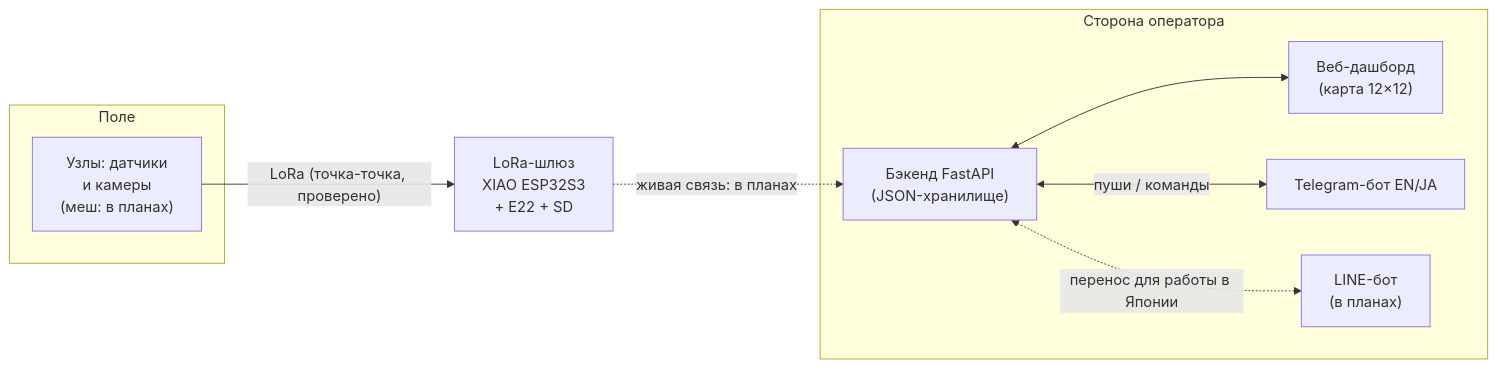
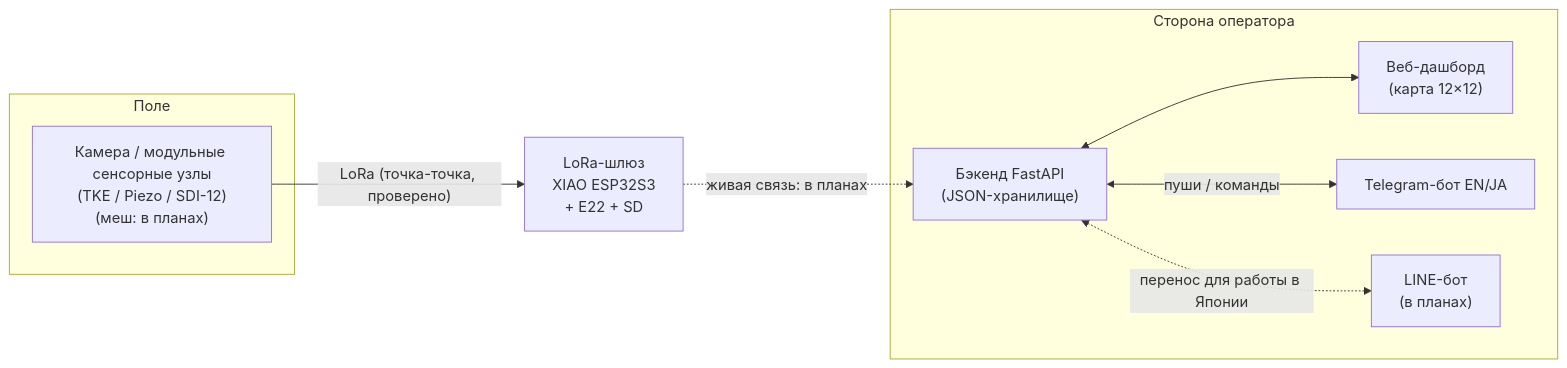
One commit to TonyAbramov/terranode changed the third of 3 diagrams in README.md. Above: the diagram before and after it, drawn with Mermaid. The commit also changed other lines of this file, not shown here.

````diff
--- a/README.md
+++ b/README.md
@@ -308,18 +329,18 @@
 ```mermaid
 flowchart LR
   subgraph field["Поле"]
-    N["Узлы: датчики<br/>и камеры<br/>(меш: в планах)"]
+    N["Камера / модульные сенсорные узлы<br/>(TKE / Piezo / SDI-12)<br/>(меш: в планах)"]
   end
   G["LoRa-шлюз<br/>XIAO ESP32S3<br/>+ E22 + SD"]
   subgraph op["Сторона оператора"]
     B["Бэкенд FastAPI<br/>(JSON-хранилище)"]
     D["Веб-дашборд<br/>(карта 12×12)"]
     T["Telegram-бот EN/JA"]
     L["LINE-бот<br/>(в планах)"]
   end
   N -->|"LoRa (точка-точка, проверено)"| G
   G -.->|"живая связь: в планах"| B
   B <--> D
   B <-->|"пуши / команды"| T
   B <-.->|"перенос для работы в Японии"| L
 ```
````
